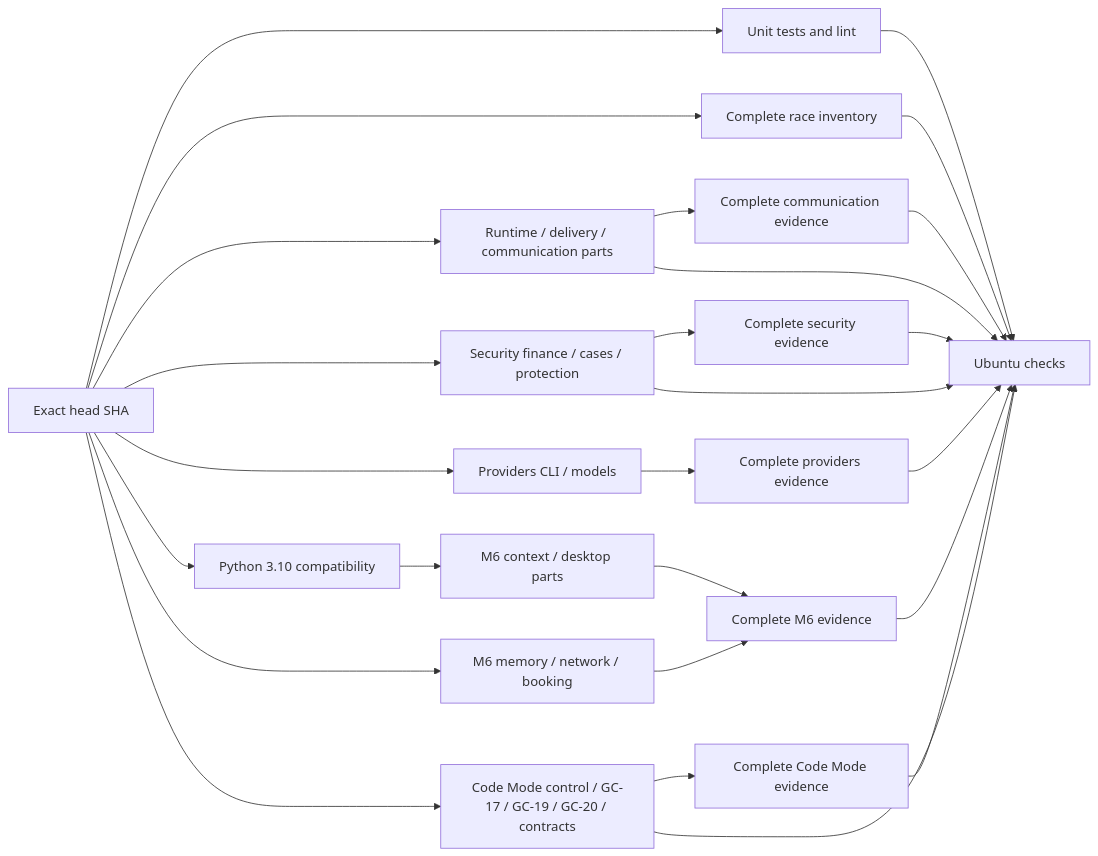
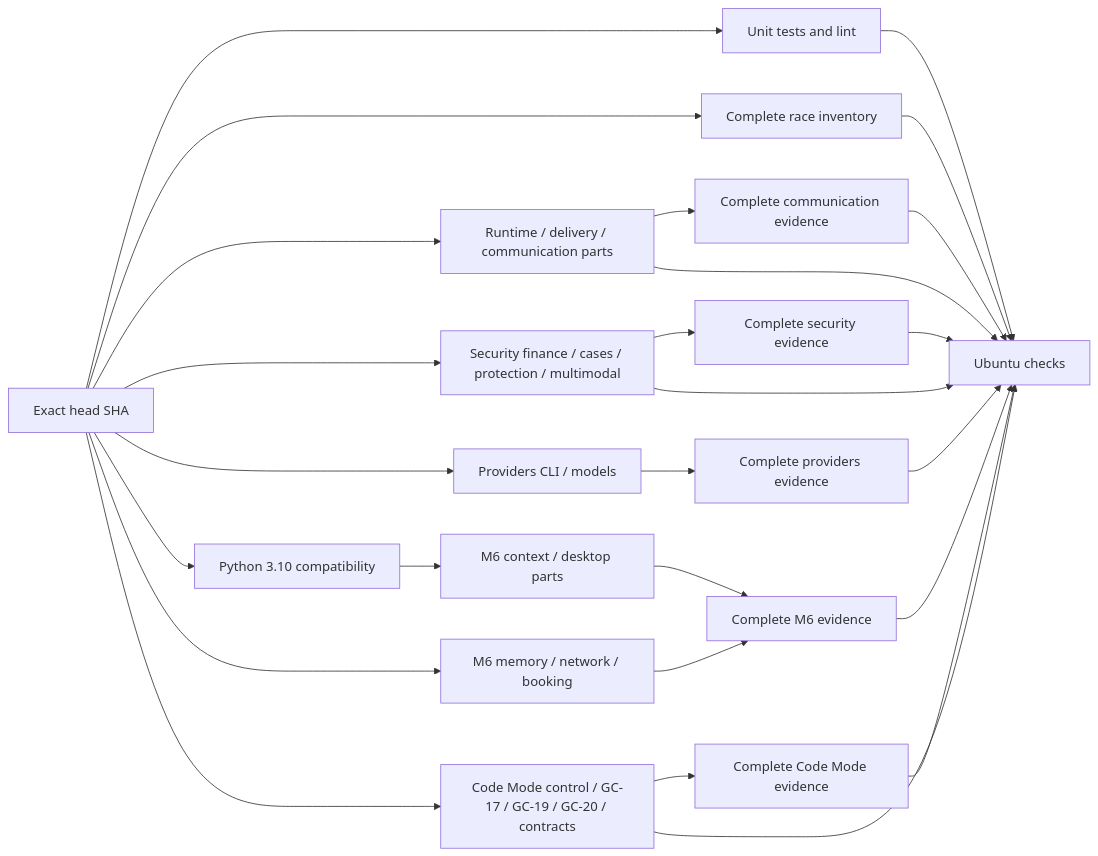
Before and after one commit to z-chenhao/assistant: the diagram in docs/ci.md, drawn with Mermaid. The commit also changed other lines of this file and 9 other files, not shown here.

````diff
--- a/docs/ci.md
+++ b/docs/ci.md
@@ -21,28 +21,28 @@
 ```mermaid
 flowchart LR
     SHA[Exact head SHA] --> Unit[Unit tests and lint]
     SHA --> Race[Complete race inventory]
     SHA --> Verify[Runtime / delivery / communication parts]
-    SHA --> Security[Security finance / cases / protection]
+    SHA --> Security[Security finance / cases / protection / multimodal]
     Security --> SecurityJoin[Complete security evidence]
     Security --> Gate
     SecurityJoin --> Gate
     Verify --> CommunicationJoin[Complete communication evidence]
     CommunicationJoin --> Gate
     SHA --> Providers[Providers CLI / models]
     Providers --> ProviderJoin[Complete providers evidence]
     ProviderJoin --> Gate
     SHA --> Python[Python 3.10 compatibility]
     SHA --> Personal[M6 memory / network / booking]
     Python --> Deferred[M6 context / desktop parts]
     Personal --> M6Join[Complete M6 evidence]
     Deferred --> M6Join
     M6Join --> Gate
     SHA --> Parts[Code Mode control / GC-17 / GC-19 / GC-20 / contracts]
     Parts --> Join[Complete Code Mode evidence]
     Unit --> Gate[Ubuntu checks]
     Race --> Gate
     Verify --> Gate
     Parts --> Gate
     Join --> Gate
 ```
````
